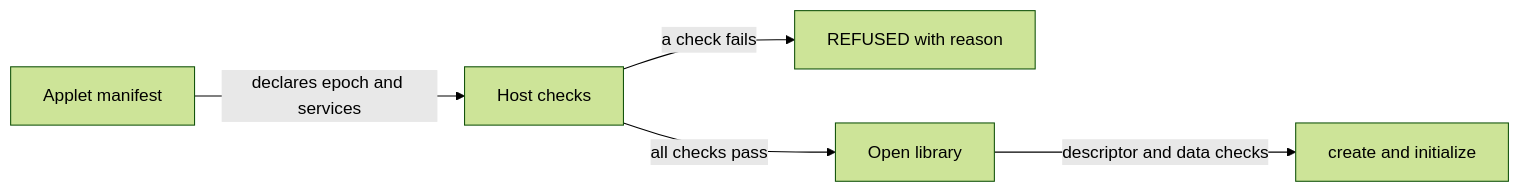
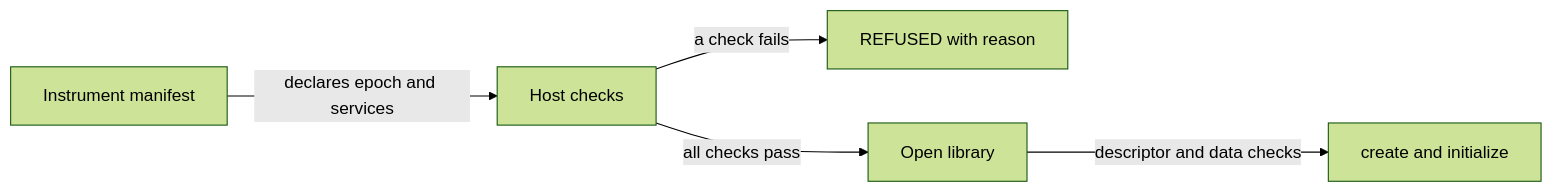
The diagram in docs/development/compatibility-and-epochs.md (AhmedKhan-GH/caliper), drawn with Mermaid (forest theme) before and after one commit. The commit also changed other lines of this file and 87 other files, not shown here.

First line of the commit message:
Docs: rename applet to instrument across docs site and root markdown

````diff
--- a/docs/development/compatibility-and-epochs.md
+++ b/docs/development/compatibility-and-epochs.md
@@ -5,7 +5,7 @@
 ```mermaid
 flowchart LR
-    manifest[Applet manifest] -->|declares epoch and services| host[Host checks]
+    manifest[Instrument manifest] -->|declares epoch and services| host[Host checks]
     host -->|a check fails| refused[REFUSED with reason]
     host -->|all checks pass| load[Open library]
     load -->|descriptor and data checks| run[create and initialize]
 ```
````
